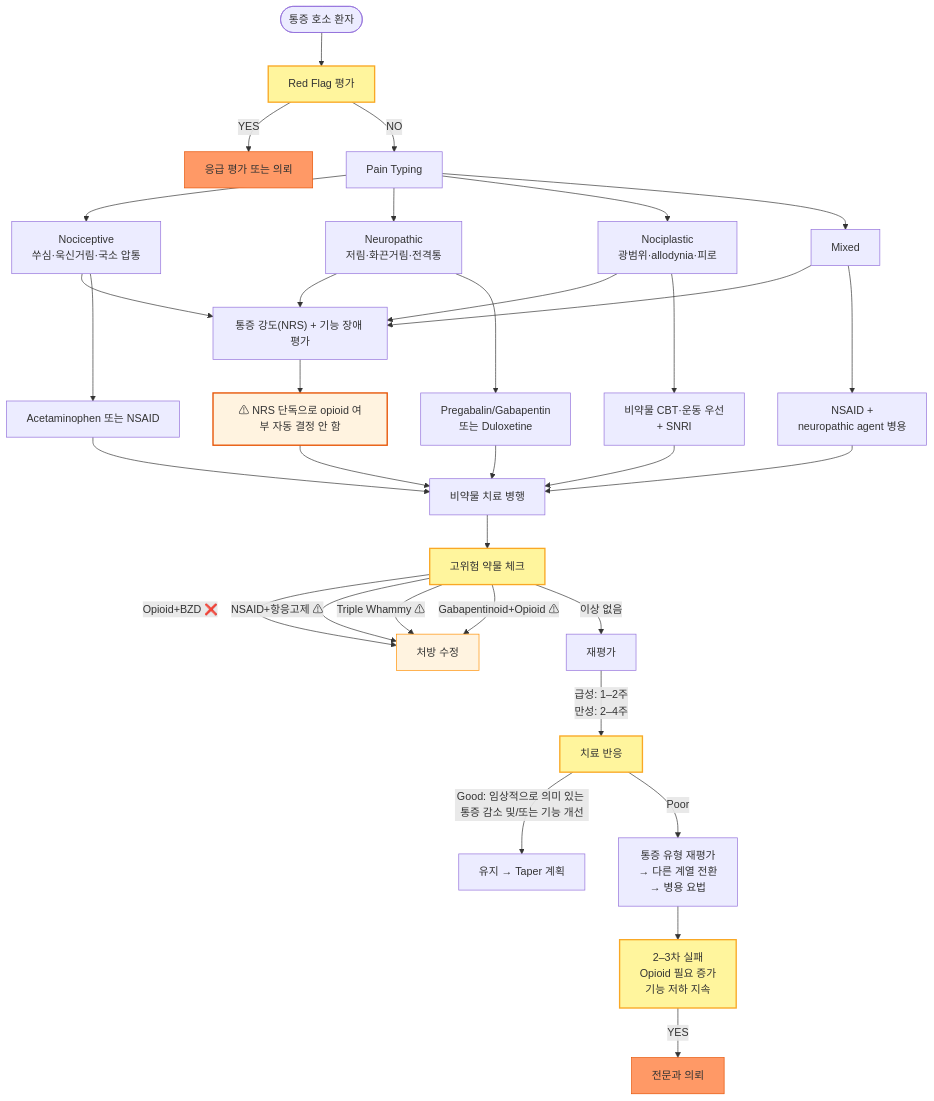
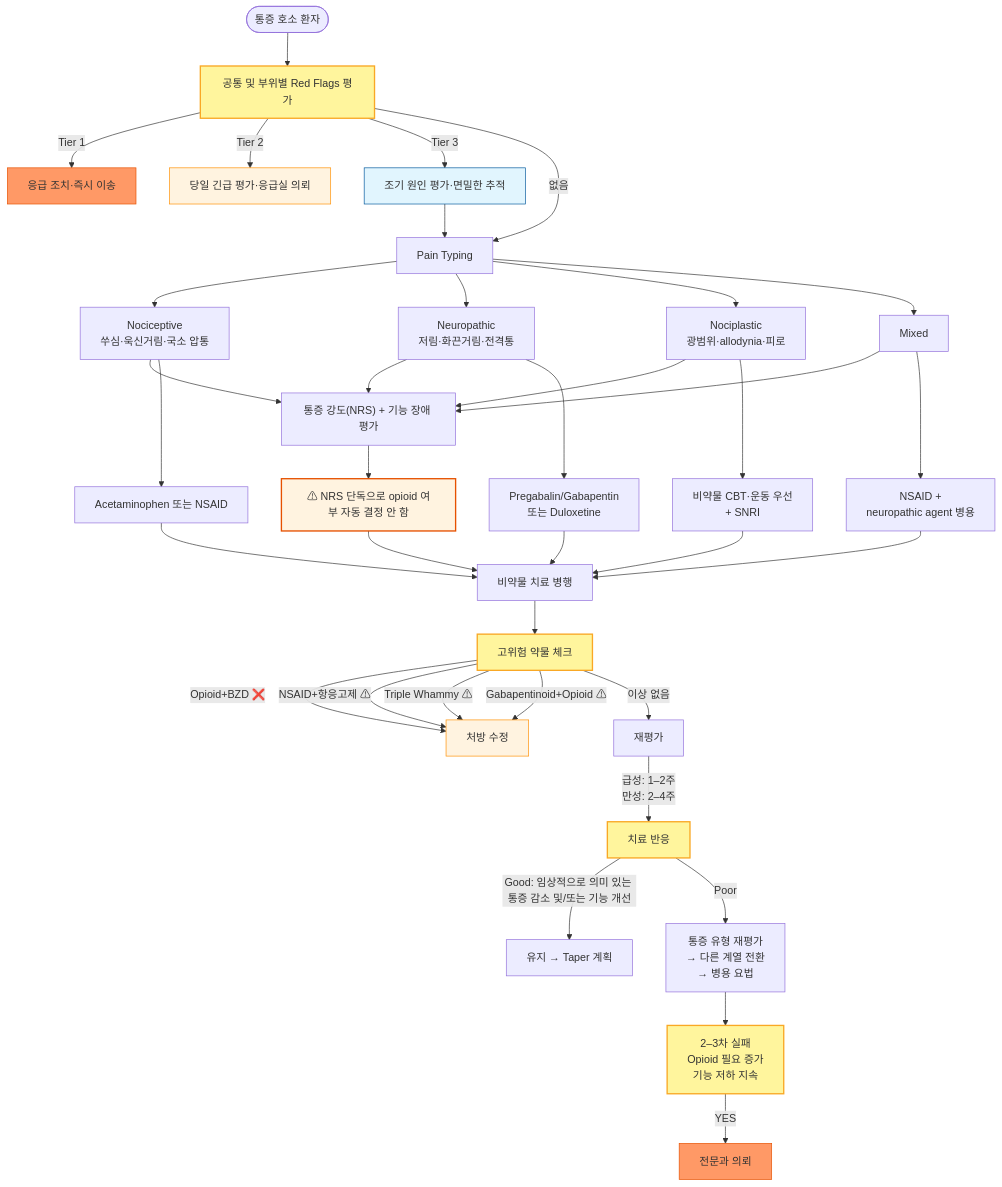
The first of 2 diagrams in 220_/001_-pain.md (familyoh77/familyoh77), drawn with Mermaid before and after one commit. The commit also changed other lines of this file, not shown here.

````diff
--- a/220_/001_-pain.md
+++ b/220_/001_-pain.md
@@ -134,36 +147,41 @@
 ```mermaid
 flowchart TD
-    A([통증 호소 환자]) --> B[Red Flag 평가]
-    B -->|YES| C[응급 평가 또는 의뢰]
-    B -->|NO| D[Pain Typing]
+    A([통증 호소 환자]) --> B[공통 및 부위별 Red Flags 평가]
+    B -->|Tier 1| C[응급 조치·즉시 이송]
+    B -->|Tier 2| C2[당일 긴급 평가·응급실 의뢰]
+    B -->|Tier 3| C3[조기 원인 평가·면밀한 추적]
+    B -->|없음| D[Pain Typing]
+    C3 --> D
     D --> D1[Nociceptive\n쑤심·욱신거림·국소 압통]
     D --> D2[Neuropathic\n저림·화끈거림·전격통]
     D --> D3[Nociplastic\n광범위·allodynia·피로]
     D --> D4[Mixed]
     D1 & D2 & D3 & D4 --> E["통증 강도(NRS) + 기능 장애 평가"]
     E --> E0["⚠ NRS 단독으로 opioid 여부 자동 결정 안 함"]
     D1 --> F1[Acetaminophen 또는 NSAID]
     D2 --> G1[Pregabalin/Gabapentin\n또는 Duloxetine]
     D3 --> G2[비약물 CBT·운동 우선\n+ SNRI]
     D4 --> F2[NSAID +\nneuropathic agent 병용]
     E0 & F1 & G1 & G2 & F2 --> H[비약물 치료 병행]
     H --> I[고위험 약물 체크]
     I -->|"Opioid+BZD ❌"| J[처방 수정]
     I -->|"NSAID+항응고제 ⚠"| J
     I -->|"Triple Whammy ⚠"| J
     I -->|"Gabapentinoid+Opioid ⚠"| J
     I -->|"이상 없음"| K[재평가]
     K -->|급성: 1–2주\n만성: 2–4주| L[치료 반응]
     L -->|Good: 임상적으로 의미 있는 통증 감소 및/또는 기능 개선| M[유지 → Taper 계획]
     L -->|Poor| N[통증 유형 재평가\n→ 다른 계열 전환\n→ 병용 요법]
     N --> O[2–3차 실패\nOpioid 필요 증가\n기능 저하 지속]
     O -->|YES| P[전문과 의뢰]
     style C fill:#f96,stroke:#e65100
+    style C2 fill:#fff3e0,stroke:#ff8f00
+    style C3 fill:#e1f5fe,stroke:#01579b
     style P fill:#f96,stroke:#e65100
     style J fill:#fff3e0,stroke:#ff8f00
     style E0 fill:#fff3e0,stroke:#e65100,stroke-width:2px
     style B fill:#fff59d,stroke:#f9a825,stroke-width:2px
     style I fill:#fff59d,stroke:#f9a825,stroke-width:2px
     style L fill:#fff59d,stroke:#f9a825,stroke-width:2px
     style O fill:#fff59d,stroke:#f9a825,stroke-width:2px
 ```
````
